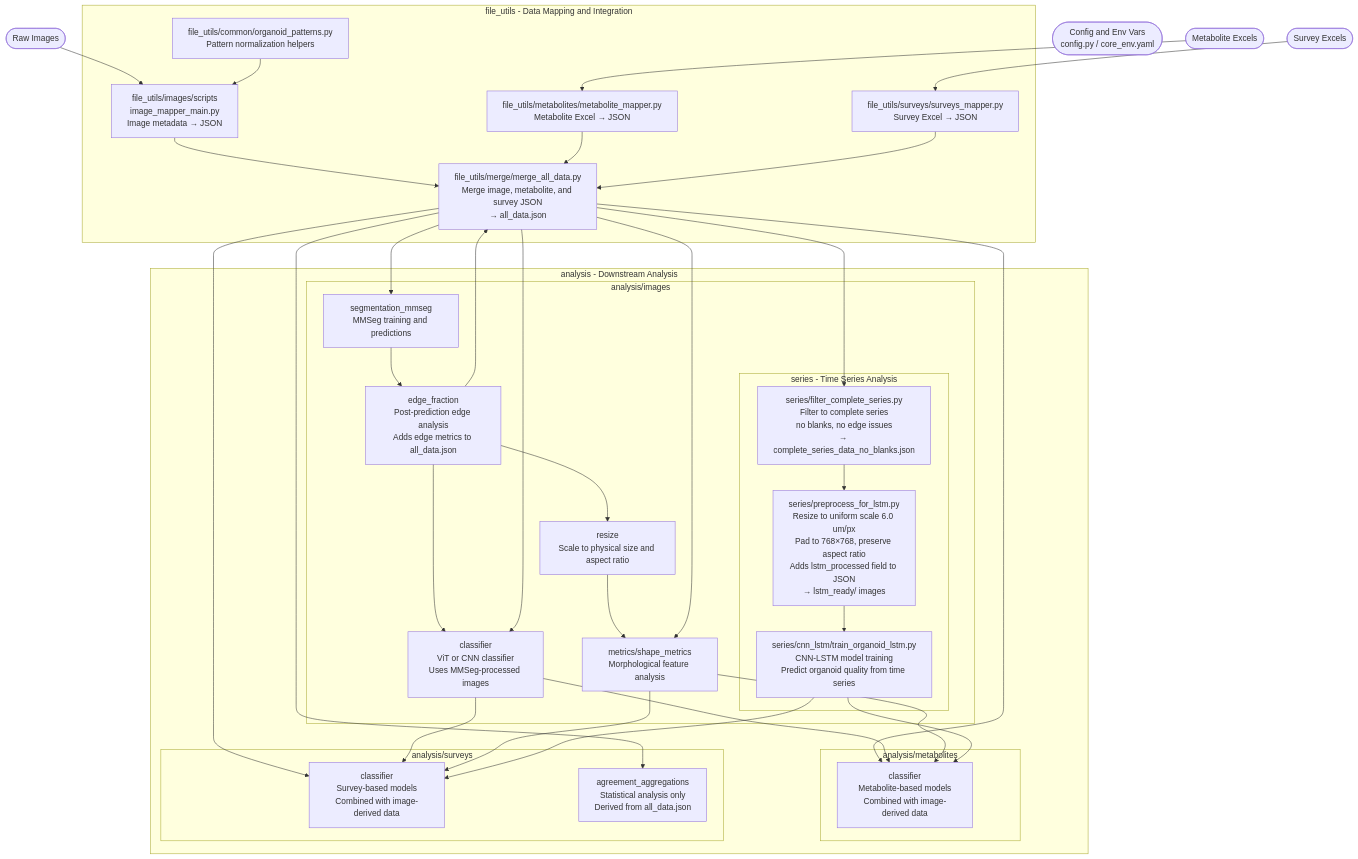
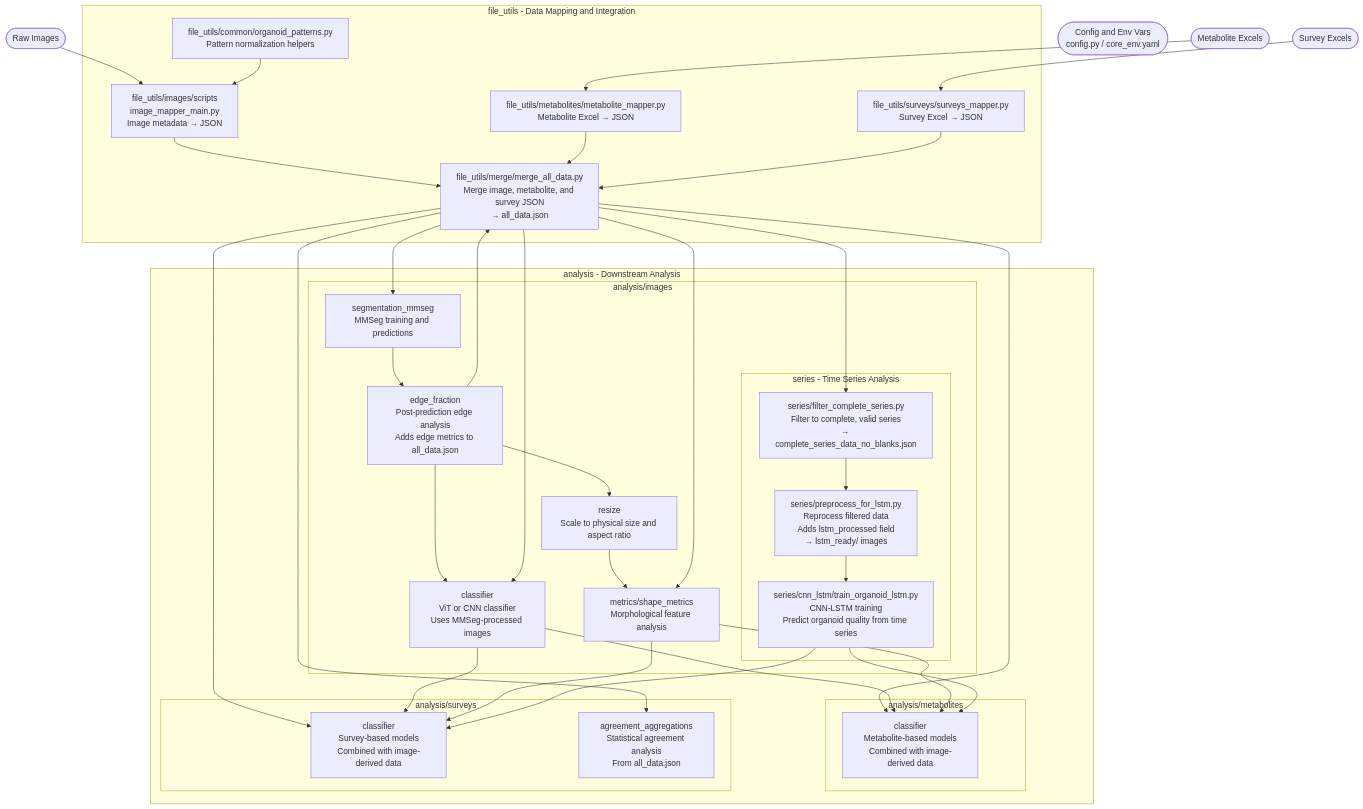
One commit to dsi-clinic/2025-promega-mini-test changed the diagram in README.md. Above: the diagram before and after it, drawn with Mermaid. The commit also changed 12 other files, not shown here.

````diff
--- a/README.md
+++ b/README.md
@@ -7,78 +7,78 @@
 ```mermaid
 %%{init: {"themeVariables": { "fontSize": "16px" }, "flowchart": { "rankSpacing": 50, "nodeSpacing": 45 }}}%%
 flowchart TD
     %% ========= INPUT STAGE ========= %%
     A1([Raw Images])
     A2([Metabolite Excels])
     A3([Survey Excels])
     A4([Config and Env Vars<br/>config.py / core_env.yaml])
     
     %% ========= FILE_UTILS PROCESSING ========= %%
     subgraph B[file_utils - Data Mapping and Integration]
         B1[file_utils/images/scripts<br/>image_mapper_main.py<br/>Image metadata → JSON]
         B1b[file_utils/common/organoid_patterns.py<br/>Pattern normalization helpers]
         B2[file_utils/metabolites/metabolite_mapper.py<br/>Metabolite Excel → JSON]
         B3[file_utils/surveys/surveys_mapper.py<br/>Survey Excel → JSON]
         B4[file_utils/merge/merge_all_data.py<br/>Merge image, metabolite, and survey JSON<br/>→ all_data.json]
     end
     
     %% ========= ANALYSIS PIPELINE ========= %%
     subgraph C[analysis - Downstream Analysis]
         subgraph C1[analysis/images]
             C13[segmentation_mmseg<br/>MMSeg training and predictions]
             C16[edge_fraction<br/>Post-prediction edge analysis<br/>Adds edge metrics to all_data.json]
             C14[classifier<br/>ViT or CNN classifier<br/>Uses MMSeg-processed images]
             C11[resize<br/>Scale to physical size and aspect ratio]
             C12[metrics/shape_metrics<br/>Morphological feature analysis]
             
             subgraph C15[series - Time Series Analysis]
-                C15a[series/filter_complete_series.py<br/>Filter to complete series<br/>no blanks, no edge issues<br/>→ complete_series_data_no_blanks.json]
-                C15b[series/preprocess_for_lstm.py<br/>Resize to uniform scale 6.0 um/px<br/>Pad to 768×768, preserve aspect ratio<br/>Adds lstm_processed field to JSON<br/>→ lstm_ready/ images]
-                C15c[series/cnn_lstm/train_organoid_lstm.py<br/>CNN-LSTM model training<br/>Predict organoid quality from time series]
+                C15a[series/filter_complete_series.py<br/>Filter to complete, valid series<br/>→ complete_series_data_no_blanks.json]
+                C15b[series/preprocess_for_lstm.py<br/>Reprocess filtered data<br/>Adds lstm_processed field<br/>→ lstm_ready/ images]
+                C15c[series/cnn_lstm/train_organoid_lstm.py<br/>CNN-LSTM training<br/>Predict organoid quality from time series]
             end
         end
         
         subgraph C2[analysis/metabolites]
             C21[classifier<br/>Metabolite-based models<br/>Combined with image-derived data]
         end
         
         subgraph C3[analysis/surveys]
             C32[classifier<br/>Survey-based models<br/>Combined with image-derived data]
-            C33[agreement_aggregations<br/>Statistical analysis only<br/>Derived from all_data.json]
+            C33[agreement_aggregations<br/>Statistical agreement analysis<br/>From all_data.json]
         end
     end
     
     %% ========= DATA FLOW ========= %%
     A1 --> B1
     B1b --> B1
     A2 --> B2
     A3 --> B3
     B1 --> B4
     B2 --> B4
     B3 --> B4
     
     B4 --> C13
     C13 --> C16
     C16 --> B4
     C16 --> C14
     C16 --> C11
     
     %% LSTM Pipeline Flow
     B4 --> C15a
     C15a --> C15b
     C15b --> C15c
     
     C11 --> C12
     B4 --> C14
     B4 --> C12
     B4 --> C21
     B4 --> C32
     B4 --> C33
     
     C14 --> C21
     C14 --> C32
     C12 --> C21
     C12 --> C32
     C15c --> C21
     C15c --> C32
 ```
````
